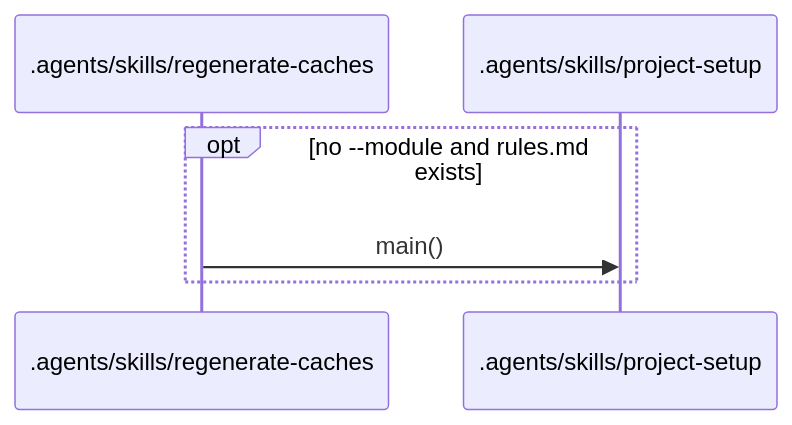
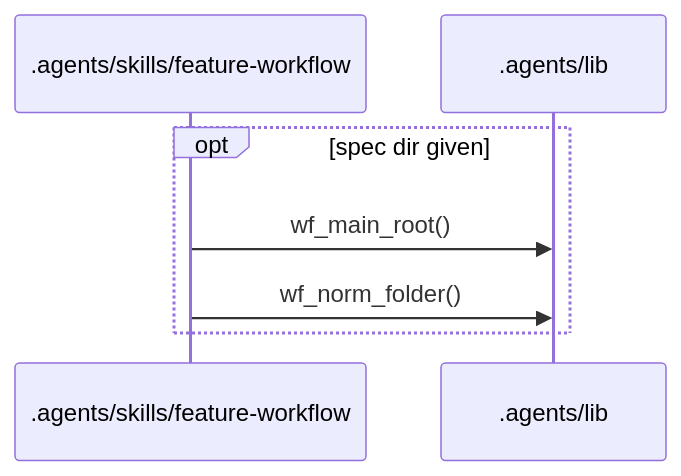
Before and after one commit to TajVirani/llm-scaffold-claude: diagram 12 of 15 in .workflow/cache/flows.md, drawn with Mermaid. The commit also changed other lines of this file and 15 other files, not shown here.

Commit message:
Workflow data for 005-cache-build-followups: caches republished, sign-off report

````diff
--- a/.workflow/cache/flows.md
+++ b/.workflow/cache/flows.md
@@ -222,8 +238,9 @@
 ```mermaid
 sequenceDiagram
-  participant _agents_skills_regenerate_caches as .agents/skills/regenerate-caches
-  participant _agents_skills_project_setup as .agents/skills/project-setup
-  opt no --module and rules.md exists
-    _agents_skills_regenerate_caches->>_agents_skills_project_setup: main()
+  participant _agents_skills_feature_workflow as .agents/skills/feature-workflow
+  participant _agents_lib as .agents/lib
+  opt spec dir given
+    _agents_skills_feature_workflow->>_agents_lib: wf_main_root()
+    _agents_skills_feature_workflow->>_agents_lib: wf_norm_folder()
   end
 ```
````
